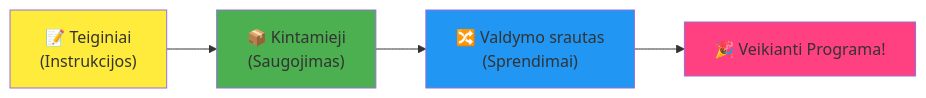
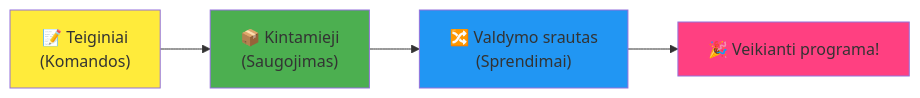
One commit to microsoft/Web-Dev-For-Beginners changed the fourth of 7 diagrams in translations/lt/1-getting-started-lessons/1-intro-to-programming-languages/README.md. Above: the diagram before and after it, drawn with Mermaid. The commit also changed other lines of this file and 8 other files, not shown here.

````diff
--- a/translations/lt/1-getting-started-lessons/1-intro-to-programming-languages/README.md
+++ b/translations/lt/1-getting-started-lessons/1-intro-to-programming-languages/README.md
@@ -467,9 +467,9 @@
 ```mermaid
 flowchart LR
-    A["📝 Teiginiai<br/>(Instrukcijos)"] --> B["📦 Kintamieji<br/>(Saugojimas)"] --> C["🔀 Valdymo srautas<br/>(Sprendimai)"] --> D["🎉 Veikianti Programa!"]
+    A["📝 Teiginiai<br/>(Komandos)"] --> B["📦 Kintamieji<br/>(Saugojimas)"] --> C["🔀 Valdymo srautas<br/>(Sprendimai)"] --> D["🎉 Veikianti programa!"]
     
     style A fill:#ffeb3b
     style B fill:#4caf50
     style C fill:#2196f3
     style D fill:#ff4081
 ```
````
